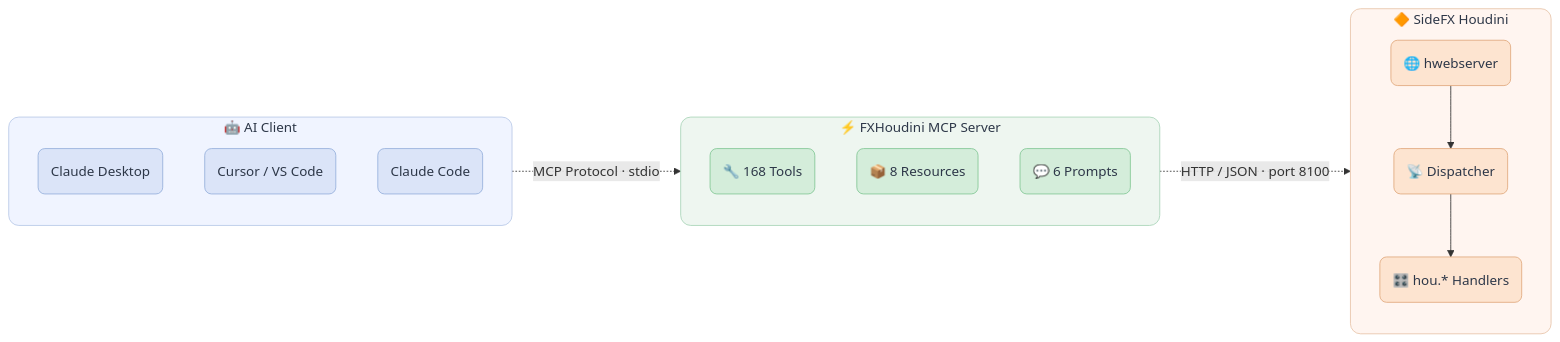
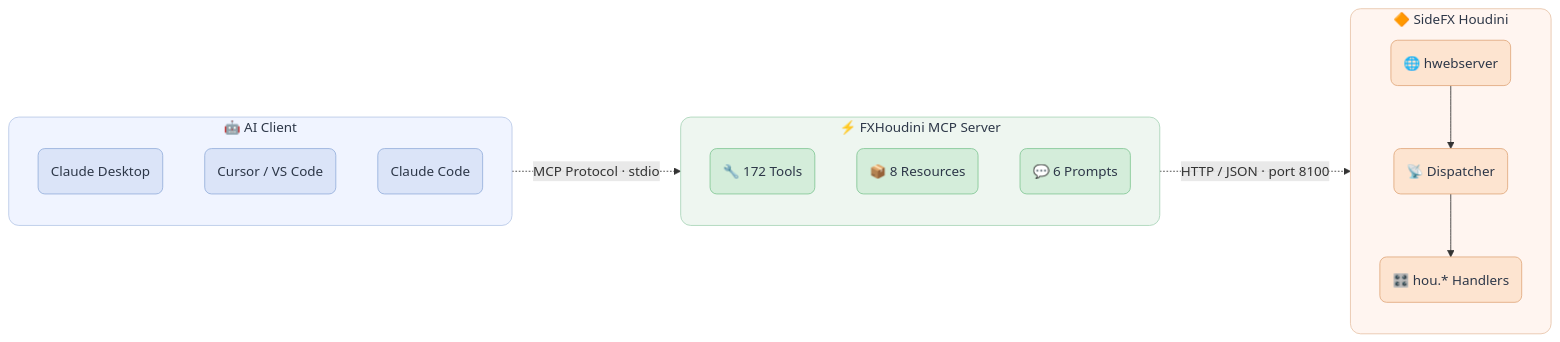
The diagram in README.md (nscrdev/fxhoudinimcp), drawn with Mermaid before and after one commit. The commit also changed other lines of this file, not shown here.

````diff
--- a/README.md
+++ b/README.md
@@ -87,42 +96,42 @@
 ```mermaid
 flowchart LR
     subgraph Client[" 🤖 AI Client "]
         direction TB
         A1("Claude Desktop")
         A2("Cursor / VS Code")
         A3("Claude Code")
     end
 
     subgraph MCP[" ⚡ FXHoudini MCP Server "]
         direction TB
-        B1("🔧 168 Tools")
+        B1("🔧 172 Tools")
         B2("📦 8 Resources")
         B3("💬 6 Prompts")
     end
 
     subgraph Houdini[" 🔶 SideFX Houdini "]
         direction TB
         C1("🌐 hwebserver")
         C2("📡 Dispatcher")
         C3("🎛️ hou.* Handlers")
         C1 --> C2 --> C3
     end
 
     Client -. "MCP Protocol · stdio" .-> MCP
     MCP -. "HTTP / JSON · port 8100" .-> Houdini
 
     classDef clientBox fill:#f0f4ff,stroke:#b8c9e8,stroke-width:1px,color:#2d3748,rx:12,ry:12
     classDef mcpBox fill:#eef6f0,stroke:#a8d5b8,stroke-width:1px,color:#2d3748,rx:12,ry:12
     classDef houdiniBox fill:#fff5f0,stroke:#e8c4a8,stroke-width:1px,color:#2d3748,rx:12,ry:12
 
     classDef clientNode fill:#dbe4f8,stroke:#96b0dc,stroke-width:1px,color:#2d3748,rx:8,ry:8
     classDef mcpNode fill:#d4edda,stroke:#82c896,stroke-width:1px,color:#2d3748,rx:8,ry:8
     classDef houdiniNode fill:#fde4d0,stroke:#e0a87c,stroke-width:1px,color:#2d3748,rx:8,ry:8
 
     class Client clientBox
     class MCP mcpBox
     class Houdini houdiniBox
     class A1,A2,A3 clientNode
     class B1,B2,B3 mcpNode
     class C1,C2,C3 houdiniNode
 ```
````
